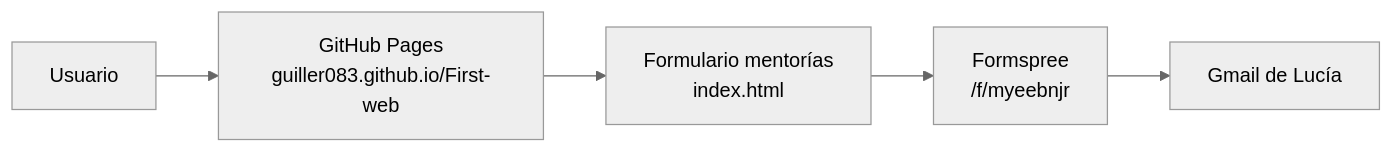
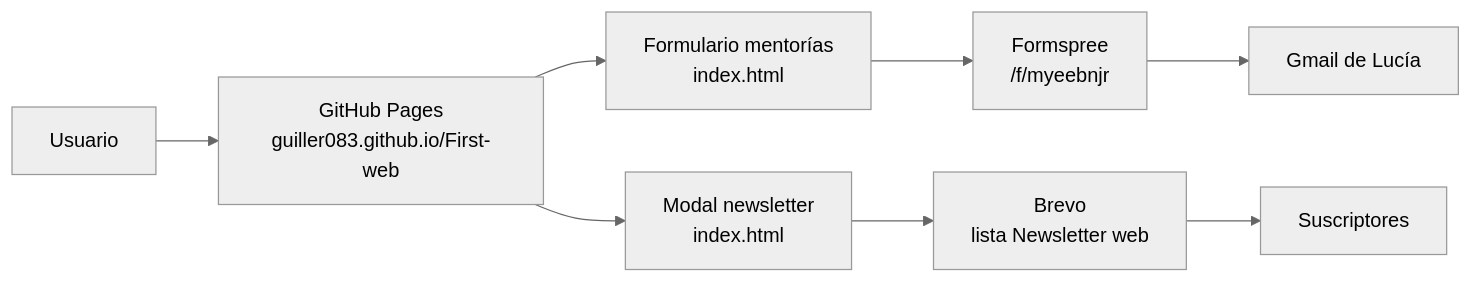
One commit to Guiller083/First-web changed the diagram in docs/architecture.md. Above: the diagram before and after it, drawn with Mermaid (neutral theme). The commit also changed other lines of this file and 6 other files, not shown here.

First line of the commit message:
Newsletter: modal de suscripción con Brevo, captcha de suma y política de privacidad

````diff
--- a/docs/architecture.md
+++ b/docs/architecture.md
@@ -24,7 +33,10 @@
 ```mermaid
 flowchart LR
     U[Usuario] --> P[GitHub Pages<br/>guiller083.github.io/First-web]
     P --> F[Formulario mentorías<br/>index.html]
     F --> FS[Formspree<br/>/f/myeebnjr]
     FS --> G[Gmail de Lucía]
+    P --> N[Modal newsletter<br/>index.html]
+    N --> B[Brevo<br/>lista Newsletter web]
+    B --> S[Suscriptores]
 ```
````
